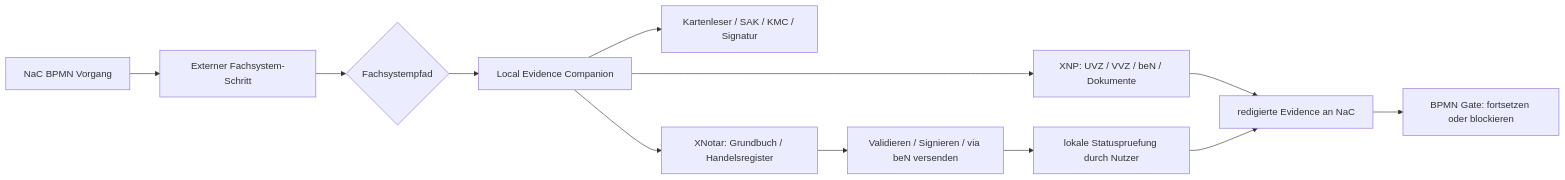
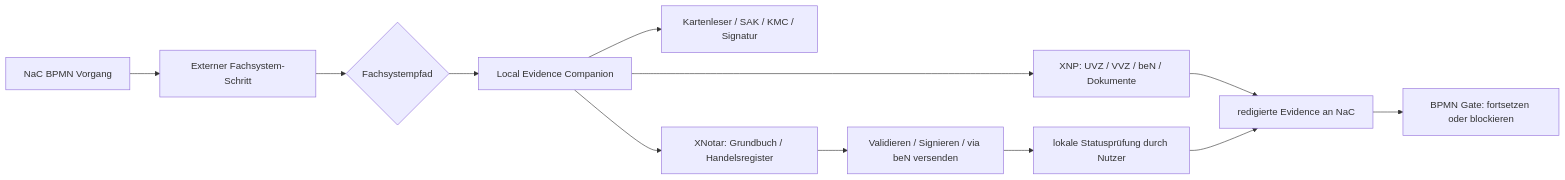
Before and after one commit to notariat8/NaC: the diagram in docs/de/demo/notarkammer-xnp-demo-contract.md, drawn with Mermaid. The commit also changed other lines of this file and 1 other file, not shown here.

````diff
--- a/docs/de/demo/notarkammer-xnp-demo-contract.md
+++ b/docs/de/demo/notarkammer-xnp-demo-contract.md
@@ -80,14 +80,14 @@
 ```mermaid
 flowchart LR
     A["NaC BPMN Vorgang"] --> B["Externer Fachsystem-Schritt"]
     B --> C{"Fachsystempfad"}
     C --> D["Local Evidence Companion"]
     D --> E["Kartenleser / SAK / KMC / Signatur"]
     D --> F["XNP: UVZ / VVZ / beN / Dokumente"]
     D --> G["XNotar: Grundbuch / Handelsregister"]
     G --> H["Validieren / Signieren / via beN versenden"]
-    H --> I["lokale Statuspruefung durch Nutzer"]
+    H --> I["lokale Statusprüfung durch Nutzer"]
     F --> J["redigierte Evidence an NaC"]
     I --> J
     J --> K["BPMN Gate: fortsetzen oder blockieren"]
 ```
````
